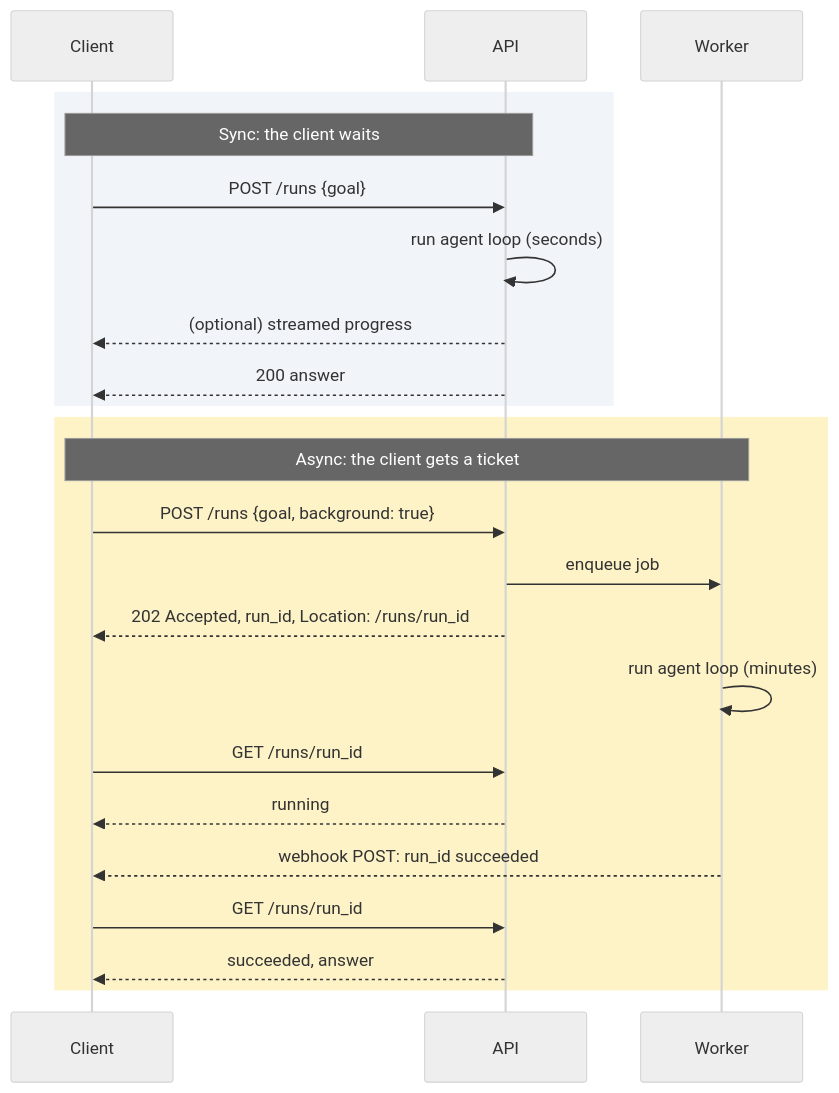
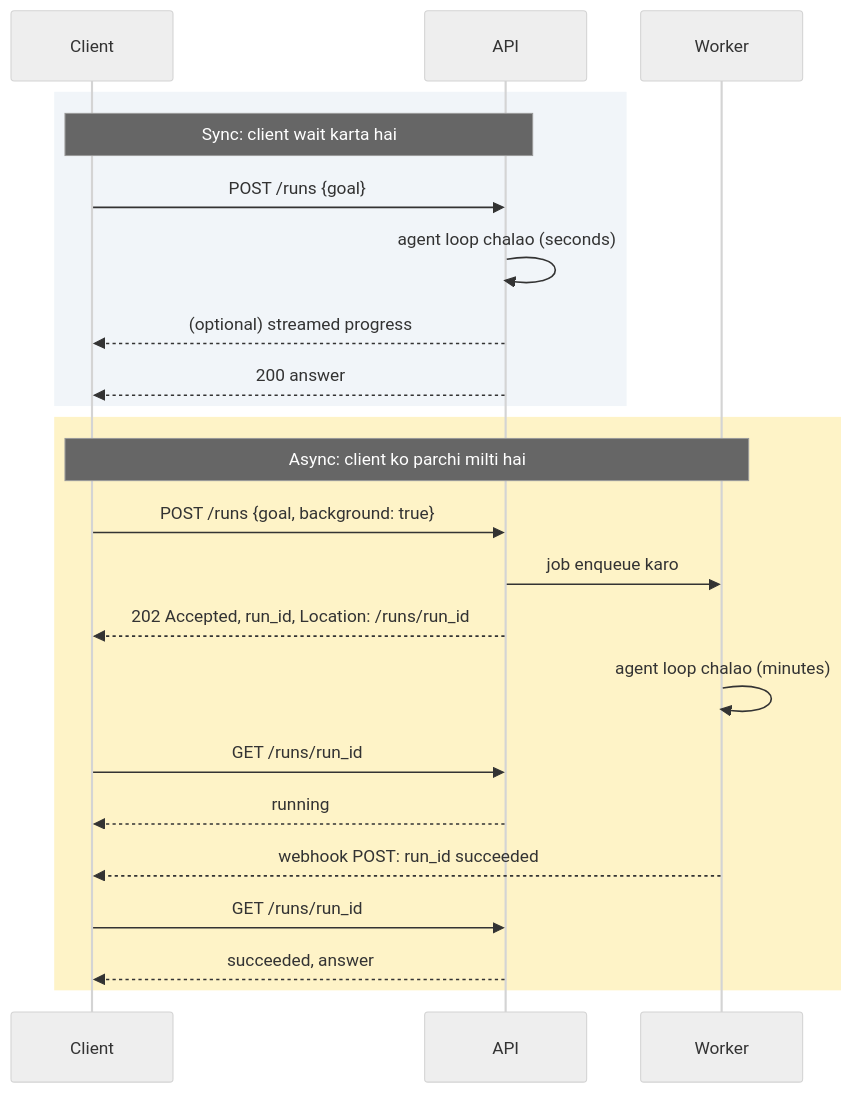
The diagram in docs/15-production-and-deployment/15.2-sync-vs-async-agents.md (asmustechno/agentic-ai-notes), drawn with Mermaid (neutral theme) before and after one commit. The commit also changed other lines of this file and 135 other files, not shown here.

````diff
--- a/docs/15-production-and-deployment/15.2-sync-vs-async-agents.md
+++ b/docs/15-production-and-deployment/15.2-sync-vs-async-agents.md
@@ -41,25 +41,25 @@
 ```mermaid
 sequenceDiagram
     participant C as Client
     participant A as API
     participant W as Worker
     rect rgb(241, 245, 249)
-    Note over C,A: Sync: the client waits
+    Note over C,A: Sync: client wait karta hai
     C->>A: POST /runs {goal}
-    A->>A: run agent loop (seconds)
+    A->>A: agent loop chalao (seconds)
     A-->>C: (optional) streamed progress
     A-->>C: 200 answer
     end
     rect rgb(254, 243, 199)
-    Note over C,W: Async: the client gets a ticket
+    Note over C,W: Async: client ko parchi milti hai
     C->>A: POST /runs {goal, background: true}
-    A->>W: enqueue job
+    A->>W: job enqueue karo
     A-->>C: 202 Accepted, run_id, Location: /runs/run_id
-    W->>W: run agent loop (minutes)
+    W->>W: agent loop chalao (minutes)
     C->>A: GET /runs/run_id
     A-->>C: running
     W-->>C: webhook POST: run_id succeeded
     C->>A: GET /runs/run_id
     A-->>C: succeeded, answer
     end
 ```
````
